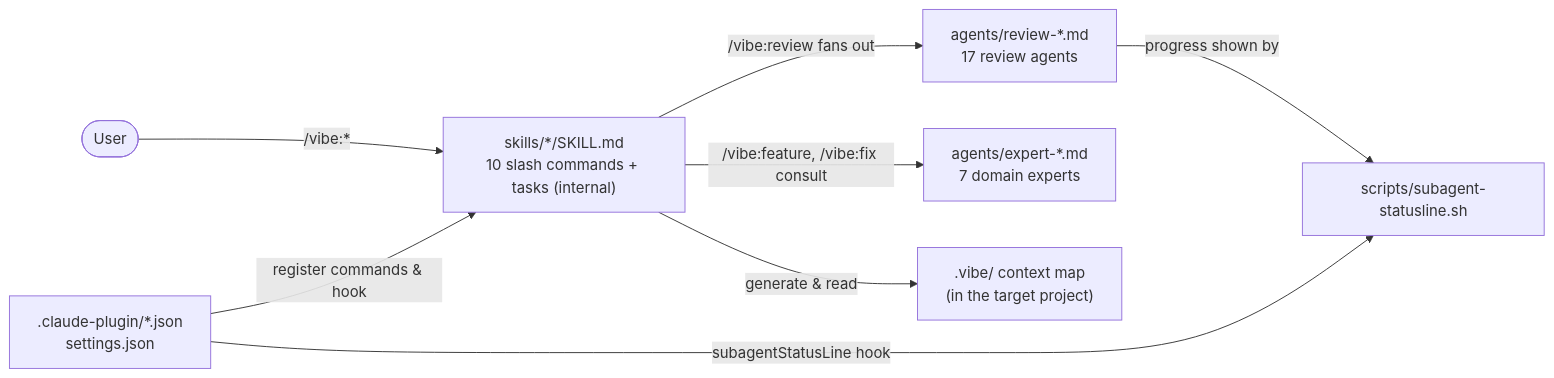
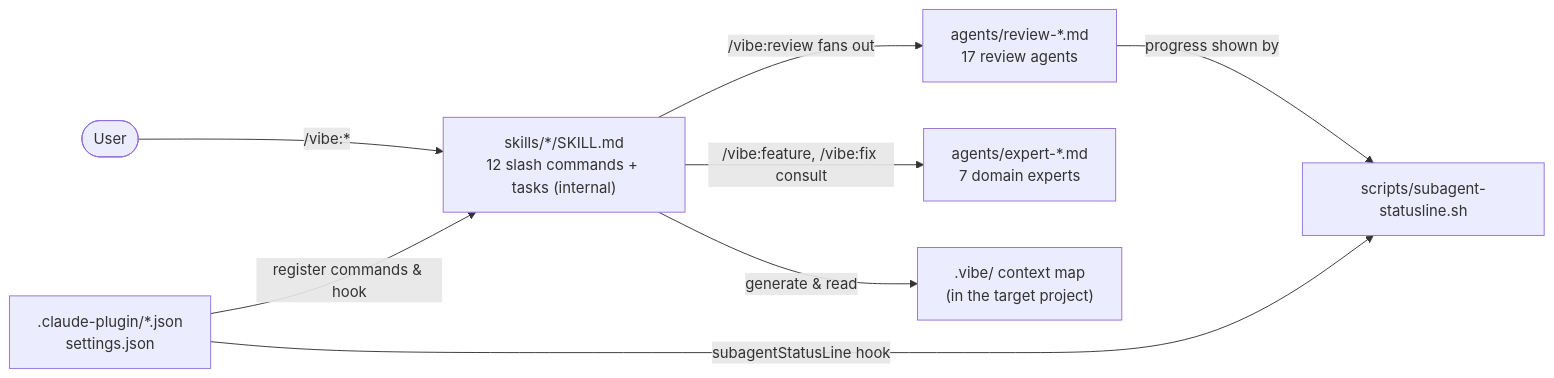
The diagram in docs/architecture.md (neolao/claude-plugin-vibe), drawn with Mermaid before and after one commit. The commit also changed other lines of this file and 9 other files, not shown here.

````diff
--- a/docs/architecture.md
+++ b/docs/architecture.md
@@ -24,10 +24,10 @@
 ```mermaid
 flowchart LR
-    user([User]) -- "/vibe:*" --> skills["skills/*/SKILL.md<br/>10 slash commands + tasks (internal)"]
+    user([User]) -- "/vibe:*" --> skills["skills/*/SKILL.md<br/>12 slash commands + tasks (internal)"]
     skills -- "/vibe:review fans out" --> agents["agents/review-*.md<br/>17 review agents"]
     skills -- "/vibe:feature, /vibe:fix consult" --> experts["agents/expert-*.md<br/>7 domain experts"]
     skills -- "generate & read" --> vibe[".vibe/ context map<br/>(in the target project)"]
     manifests[".claude-plugin/*.json<br/>settings.json"] -- "register commands & hook" --> skills
     manifests -- "subagentStatusLine hook" --> statusline["scripts/subagent-statusline.sh"]
     agents -- "progress shown by" --> statusline
 ```
````
